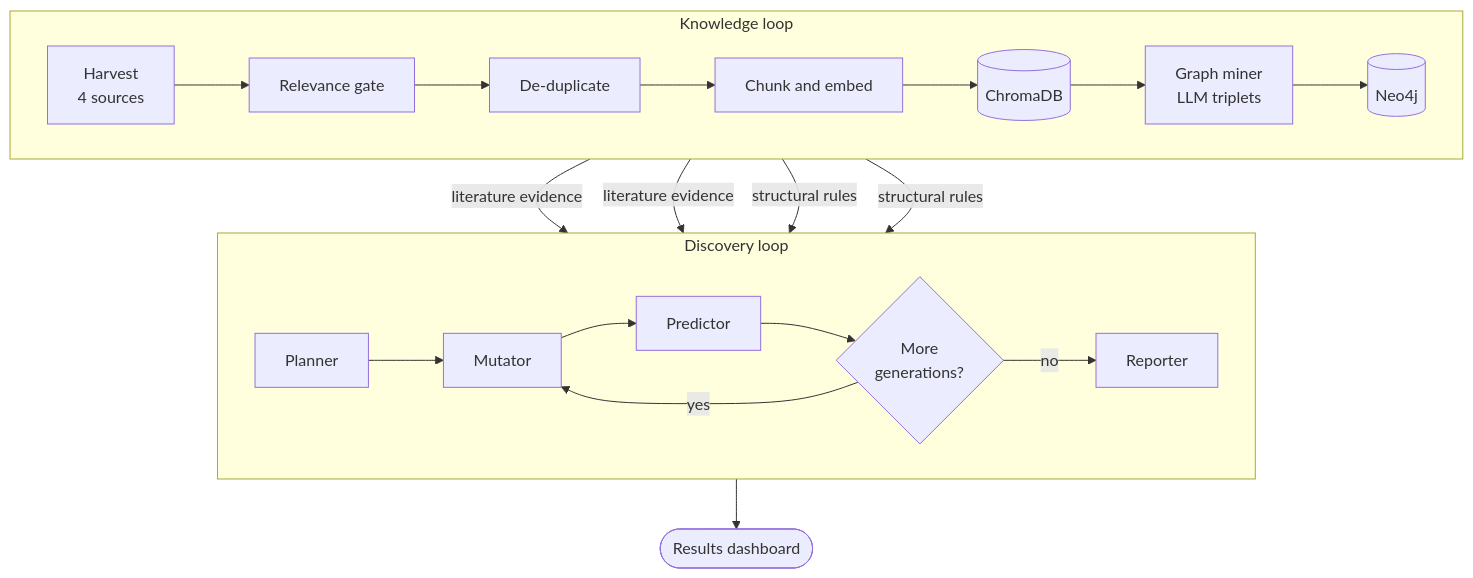
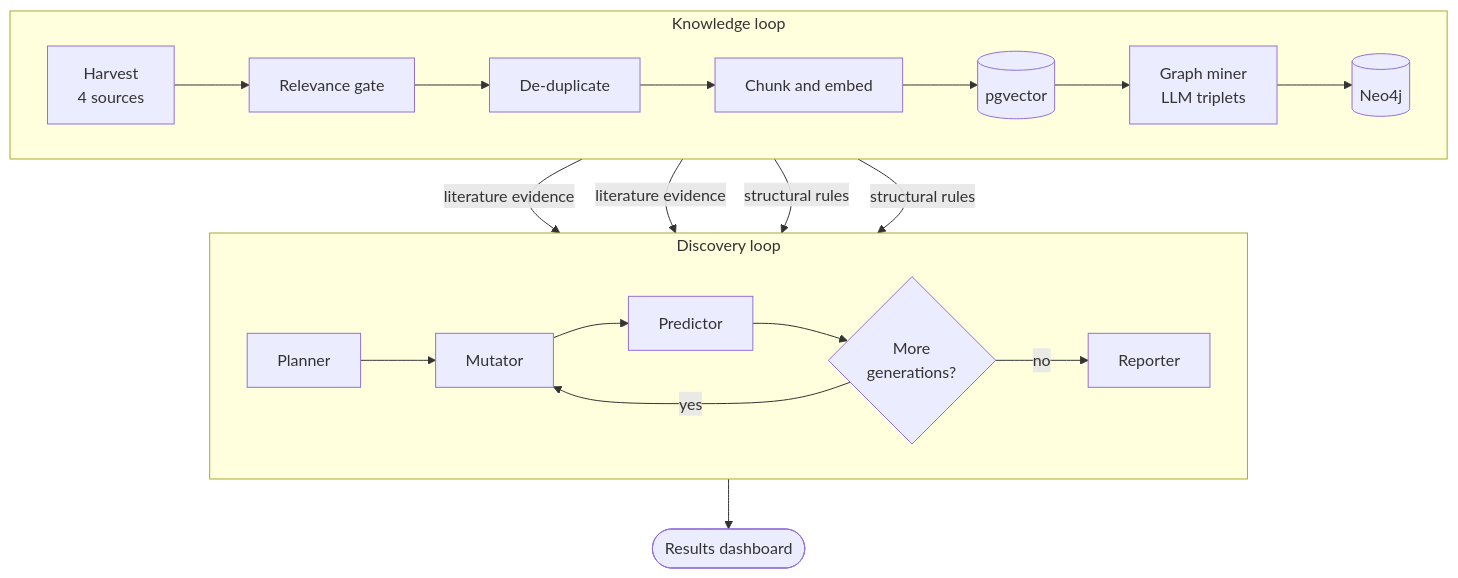
Before and after one commit to Rahul-8283/AURA_Data_Driven: the second of 27 diagrams in README.md, drawn with Mermaid. The commit also changed other lines of this file and 3 other files, not shown here.

First line of the commit message:
docs: document pgvector storage and remove ChromaDB references

````diff
--- a/README.md
+++ b/README.md
@@ -220,21 +220,21 @@
 ```mermaid
 flowchart TB
     subgraph kloop["Knowledge loop"]
         direction LR
-        k1["Harvest<br/>4 sources"] --> k2["Relevance gate"] --> k3["De-duplicate"] --> k4["Chunk and embed"] --> k5[("ChromaDB")]
+        k1["Harvest<br/>4 sources"] --> k2["Relevance gate"] --> k3["De-duplicate"] --> k4["Chunk and embed"] --> k5[("pgvector")]
         k5 --> k6["Graph miner<br/>LLM triplets"] --> k7[("Neo4j")]
     end
 
     subgraph dloop["Discovery loop"]
         direction LR
         d1["Planner"] --> d2["Mutator"] --> d3["Predictor"] --> d4{"More<br/>generations?"}
         d4 -->|"yes"| d2
         d4 -->|"no"| d5["Reporter"]
     end
 
     k5 -->|"literature evidence"| d2
     k5 -->|"literature evidence"| d3
     k7 -->|"structural rules"| d2
     k7 -->|"structural rules"| d3
     d5 --> res(["Results dashboard"])
 ```
````
